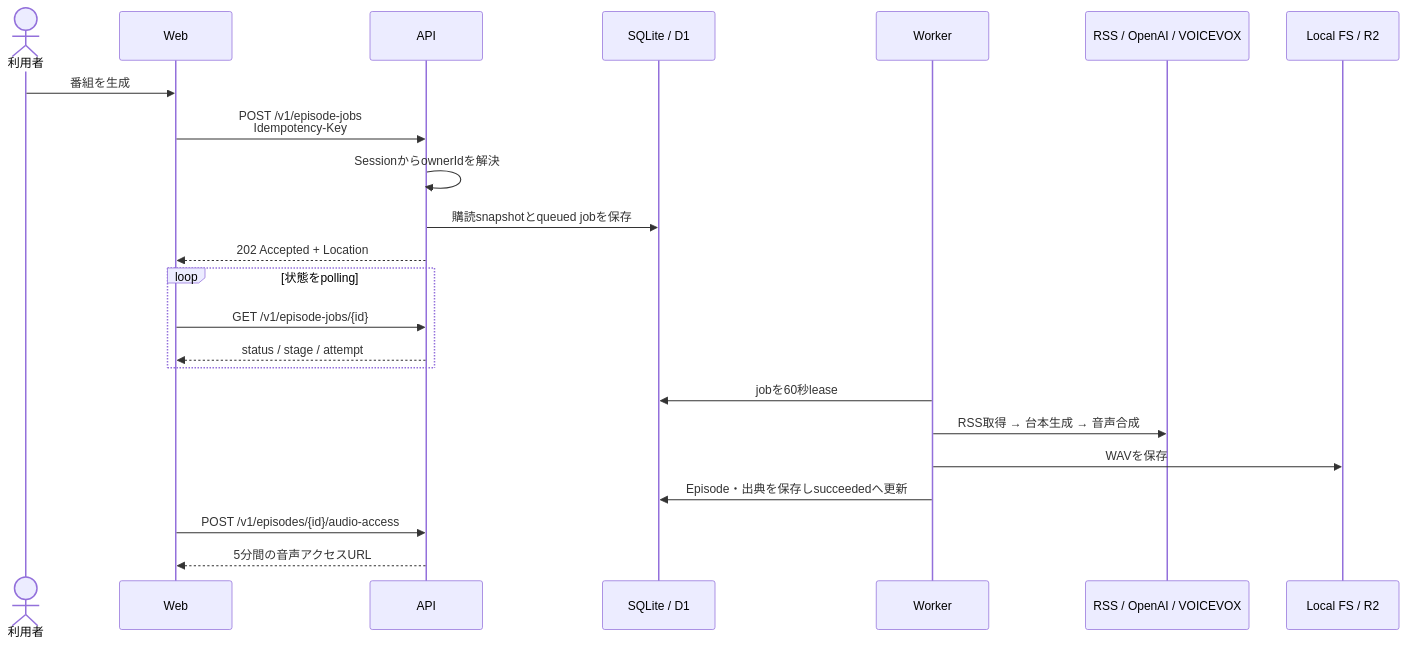
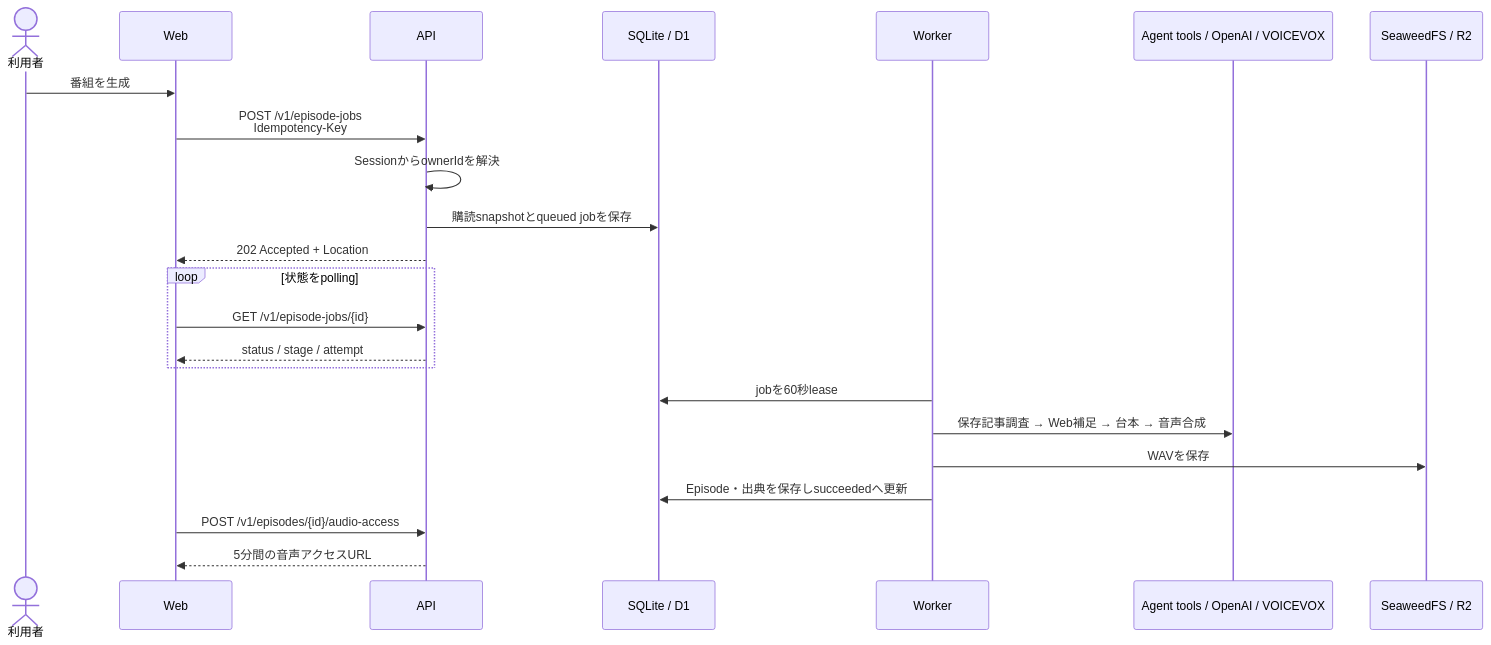
The fourth of 7 diagrams in docs/architecture.md (r4ai/news-podcast), drawn with Mermaid before and after one commit. The commit also changed other lines of this file and 49 other files, not shown here.

Commit message:
feat: add agent-driven RSS podcast pipeline

````diff
--- a/docs/architecture.md
+++ b/docs/architecture.md
@@ -122,26 +125,26 @@
 ```mermaid
 sequenceDiagram
   actor User as 利用者
   participant Web
   participant API
   participant DB as SQLite / D1
   participant Worker
-  participant Providers as RSS / OpenAI / VOICEVOX
-  participant Audio as Local FS / R2
+  participant Providers as Agent tools / OpenAI / VOICEVOX
+  participant Objects as SeaweedFS / R2
 
   User->>Web: 番組を生成
   Web->>API: POST /v1/episode-jobs<br/>Idempotency-Key
   API->>API: SessionからownerIdを解決
   API->>DB: 購読snapshotとqueued jobを保存
   API-->>Web: 202 Accepted + Location
   loop 状態をpolling
     Web->>API: GET /v1/episode-jobs/{id}
     API-->>Web: status / stage / attempt
   end
   Worker->>DB: jobを60秒lease
-  Worker->>Providers: RSS取得 → 台本生成 → 音声合成
-  Worker->>Audio: WAVを保存
+  Worker->>Providers: 保存記事調査 → Web補足 → 台本 → 音声合成
+  Worker->>Objects: WAVを保存
   Worker->>DB: Episode・出典を保存しsucceededへ更新
   Web->>API: POST /v1/episodes/{id}/audio-access
   API-->>Web: 5分間の音声アクセスURL
 ```
````
